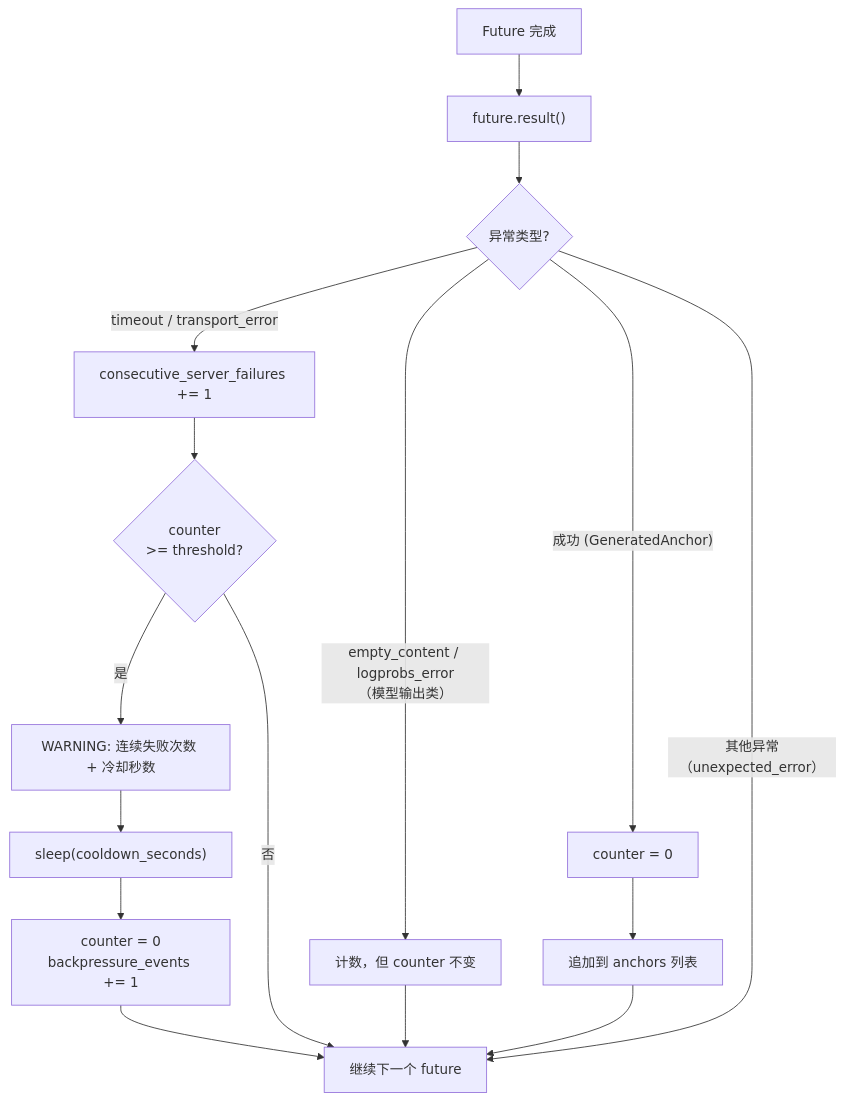
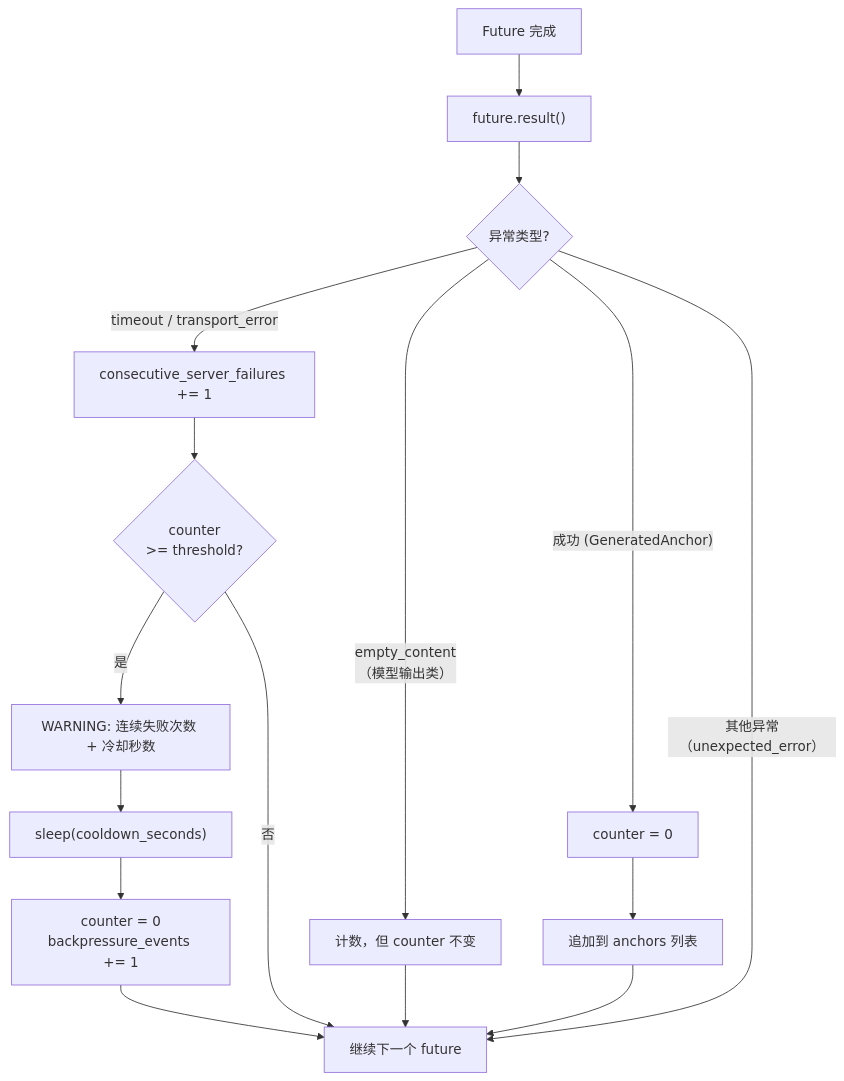
Before and after one commit to godthrone/anchor-replay-distillation: the sixth of 7 diagrams in docs/architecture.md, drawn with Mermaid. The commit also changed other lines of this file and 6 other files, not shown here.

First line of the commit message:
docs: align READMEs, architecture, examples and compliance notes with v3.0.0

````diff
--- a/docs/architecture.md
+++ b/docs/architecture.md
@@ -573,22 +582,22 @@
 ```mermaid
 flowchart TD
     START["Future 完成"] --> GET["future.result()"]
     GET --> CHECK{"异常类型?"}
 
     CHECK -->|"timeout / transport_error"| INC["consecutive_server_failures += 1"]
     INC --> THRESH{"counter<br/>>= threshold?"}
     THRESH -->|"是"| WARN["WARNING: 连续失败次数 + 冷却秒数"]
     WARN --> SLEEP["sleep(cooldown_seconds)"]
     SLEEP --> RESET["counter = 0<br/>backpressure_events += 1"]
     RESET --> NEXT["继续下一个 future"]
     THRESH -->|"否"| NEXT
 
-    CHECK -->|"empty_content / logprobs_error<br/>（模型输出类）"| COUNT["计数，但 counter 不变"]
+    CHECK -->|"empty_content<br/>（模型输出类）"| COUNT["计数，但 counter 不变"]
     COUNT --> NEXT
 
     CHECK -->|"成功 (GeneratedAnchor)"| RESET_OK["counter = 0"]
     RESET_OK --> APPEND["追加到 anchors 列表"]
     APPEND --> NEXT
 
     CHECK -->|"其他异常（unexpected_error）"| NEXT
 ```
````
